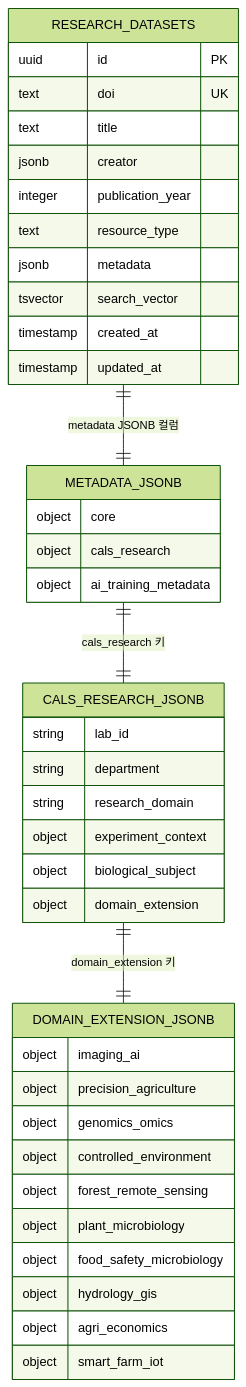
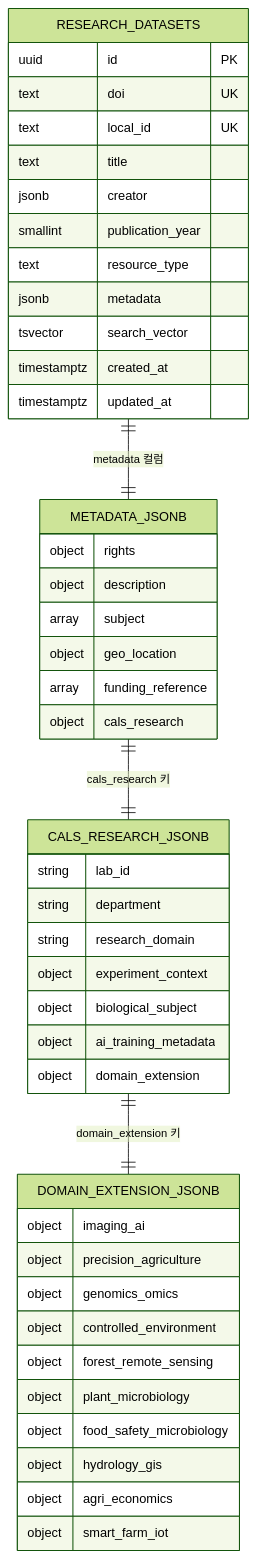
Before and after one commit to colswap/cals-dataverse-metadata: the sixth of 10 diagrams in research/CALS_Dataverse_Strategy_Report.md, drawn with Mermaid (forest theme). The commit also changed other lines of this file, not shown here.

````diff
--- a/research/CALS_Dataverse_Strategy_Report.md
+++ b/research/CALS_Dataverse_Strategy_Report.md
@@ -579,47 +707,52 @@
 ```mermaid
 erDiagram
     RESEARCH_DATASETS {
         uuid id PK
         text doi UK
+        text local_id UK
         text title
         jsonb creator
-        integer publication_year
+        smallint publication_year
         text resource_type
         jsonb metadata
         tsvector search_vector
-        timestamp created_at
-        timestamp updated_at
+        timestamptz created_at
+        timestamptz updated_at
     }
 
     METADATA_JSONB {
-        object core
+        object rights
+        object description
+        array subject
+        object geo_location
+        array funding_reference
         object cals_research
-        object ai_training_metadata
     }
 
     CALS_RESEARCH_JSONB {
         string lab_id
         string department
         string research_domain
         object experiment_context
         object biological_subject
+        object ai_training_metadata
         object domain_extension
     }
 
     DOMAIN_EXTENSION_JSONB {
         object imaging_ai
         object precision_agriculture
         object genomics_omics
         object controlled_environment
         object forest_remote_sensing
         object plant_microbiology
         object food_safety_microbiology
         object hydrology_gis
         object agri_economics
         object smart_farm_iot
     }
 
-    RESEARCH_DATASETS ||--|| METADATA_JSONB : "metadata JSONB 컬럼"
+    RESEARCH_DATASETS ||--|| METADATA_JSONB : "metadata 컬럼"
     METADATA_JSONB ||--|| CALS_RESEARCH_JSONB : "cals_research 키"
     CALS_RESEARCH_JSONB ||--|| DOMAIN_EXTENSION_JSONB : "domain_extension 키"
 ```
````
